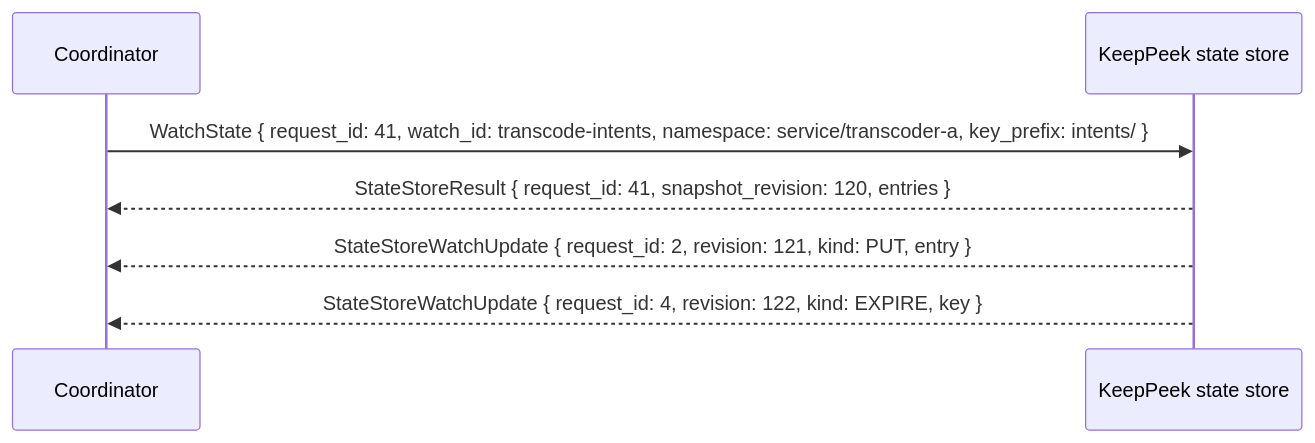
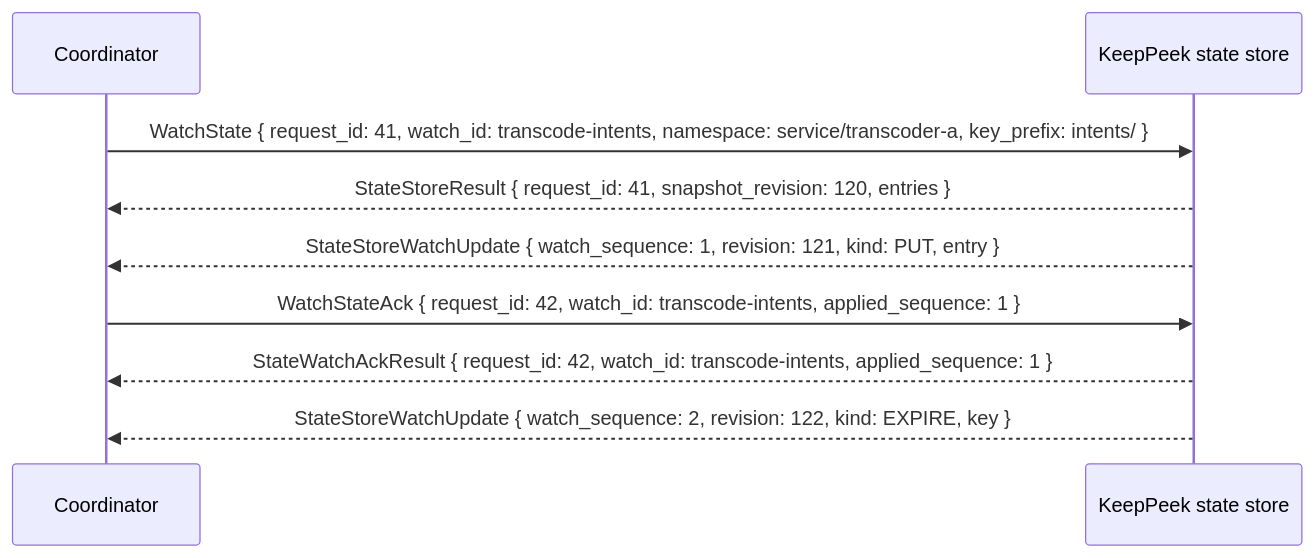
The diagram in docs/state-store.md (xnorpx/keeppeek), drawn with Mermaid before and after one commit. The commit also changed other lines of this file and 3 other files, not shown here.

First line of the commit message:
Define watch termination signal, ack deadline, sync watch docs

````diff
--- a/docs/state-store.md
+++ b/docs/state-store.md
@@ -76,10 +76,12 @@
 ```mermaid
 sequenceDiagram
     participant C as Coordinator
     participant K as KeepPeek state store
 
     C->>K: WatchState { request_id: 41, watch_id: transcode-intents, namespace: service/transcoder-a, key_prefix: intents/ }
     K-->>C: StateStoreResult { request_id: 41, snapshot_revision: 120, entries }
-    K-->>C: StateStoreWatchUpdate { request_id: 2, revision: 121, kind: PUT, entry }
-    K-->>C: StateStoreWatchUpdate { request_id: 4, revision: 122, kind: EXPIRE, key }
+    K-->>C: StateStoreWatchUpdate { watch_sequence: 1, revision: 121, kind: PUT, entry }
+    C->>K: WatchStateAck { request_id: 42, watch_id: transcode-intents, applied_sequence: 1 }
+    K-->>C: StateWatchAckResult { request_id: 42, watch_id: transcode-intents, applied_sequence: 1 }
+    K-->>C: StateStoreWatchUpdate { watch_sequence: 2, revision: 122, kind: EXPIRE, key }
 ```
````
